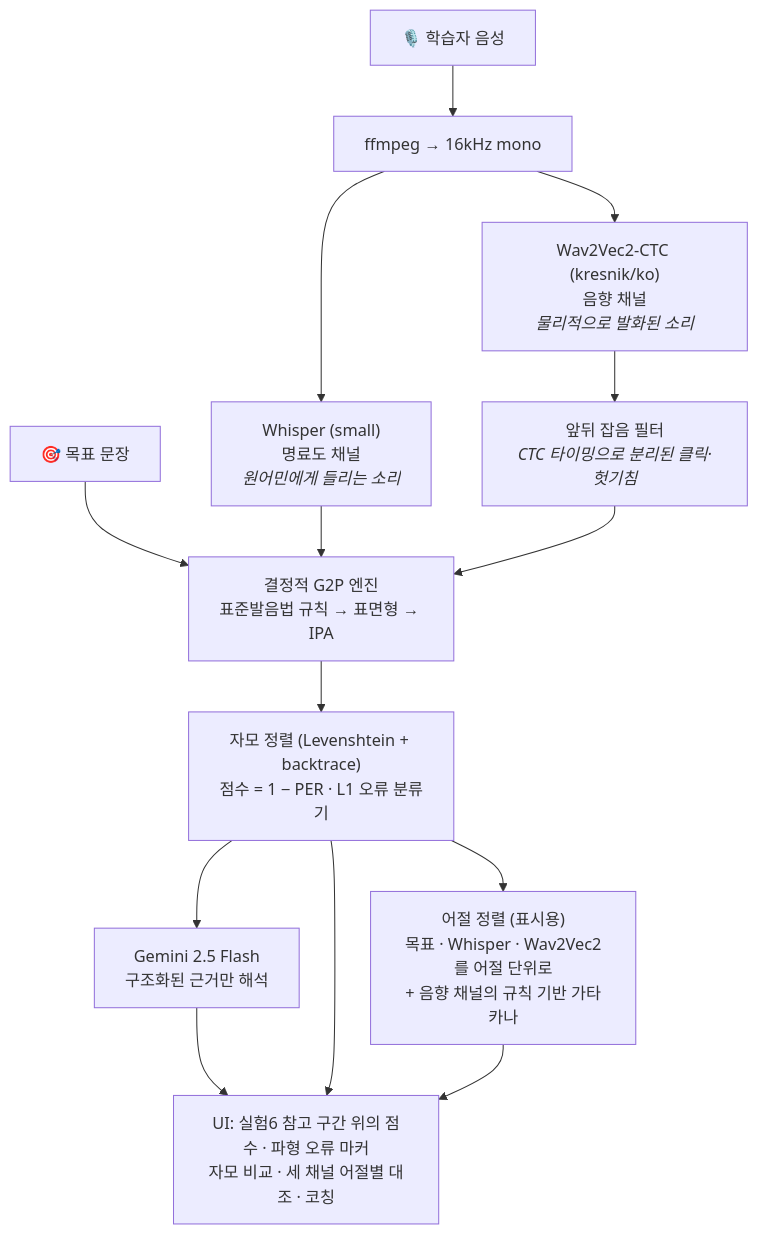
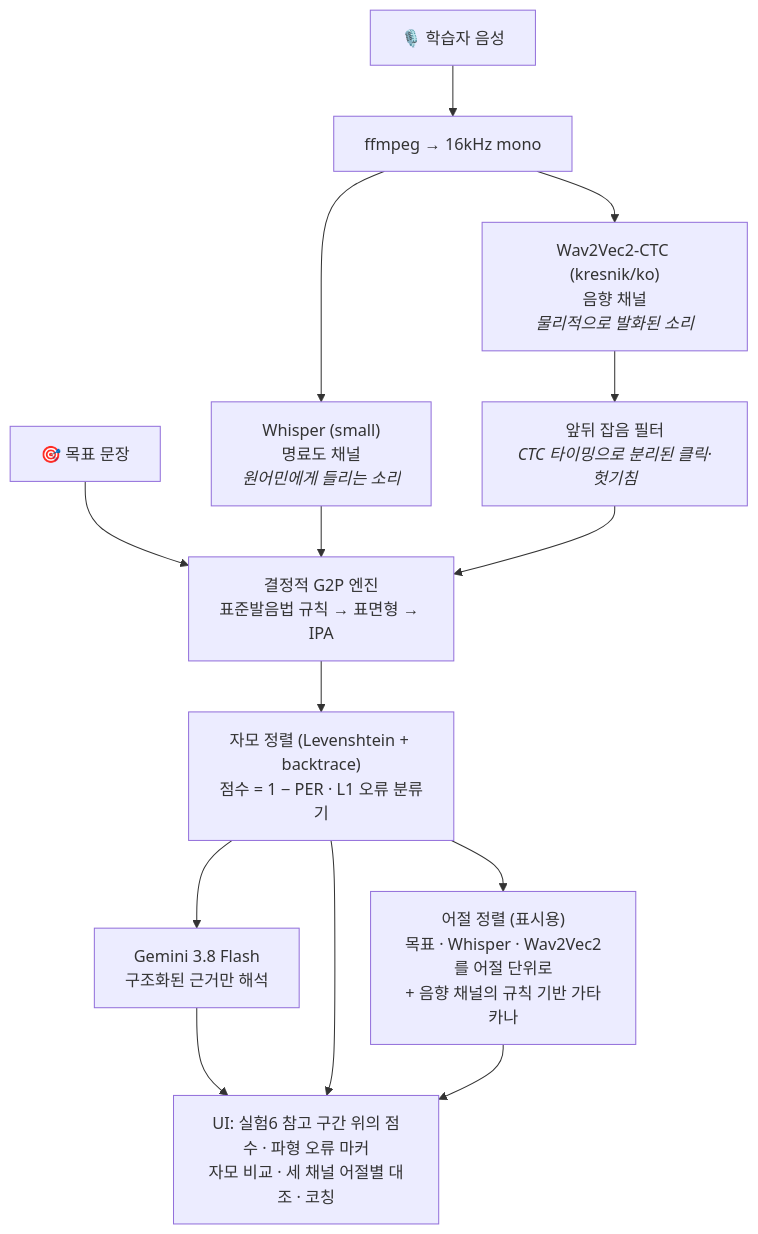
The diagram in README_kr.md (fairyofdata/PhonemeJP2KR), drawn with Mermaid before and after one commit. The commit also changed other lines of this file and 7 other files, not shown here.

````diff
--- a/README_kr.md
+++ b/README_kr.md
@@ -39,16 +39,16 @@
 ```mermaid
 flowchart TD
     A[🎙️ 학습자 음성] --> B[ffmpeg → 16kHz mono]
     B --> C["Whisper (small)<br/>명료도 채널<br/><i>원어민에게 들리는 소리</i>"]
     B --> D["Wav2Vec2-CTC (kresnik/ko)<br/>음향 채널<br/><i>물리적으로 발화된 소리</i>"]
     T[🎯 목표 문장] --> G
     C --> G["결정적 G2P 엔진<br/>표준발음법 규칙 → 표면형 → IPA"]
     D --> N["앞뒤 잡음 필터<br/><i>CTC 타이밍으로 분리된 클릭·헛기침</i>"]
     N --> G
     G --> S["자모 정렬 (Levenshtein + backtrace)<br/>점수 = 1 − PER · L1 오류 분류기"]
     S --> W["어절 정렬 (표시용)<br/>목표 · Whisper · Wav2Vec2를 어절 단위로<br/>+ 음향 채널의 규칙 기반 가타카나"]
-    S --> L["Gemini 2.5 Flash<br/>구조화된 근거만 해석"]
+    S --> L["Gemini 3.8 Flash<br/>구조화된 근거만 해석"]
     L --> U["UI: 실험6 참고 구간 위의 점수 · 파형 오류 마커<br/>자모 비교 · 세 채널 어절별 대조 · 코칭"]
     S --> U
     W --> U
 ```
````
